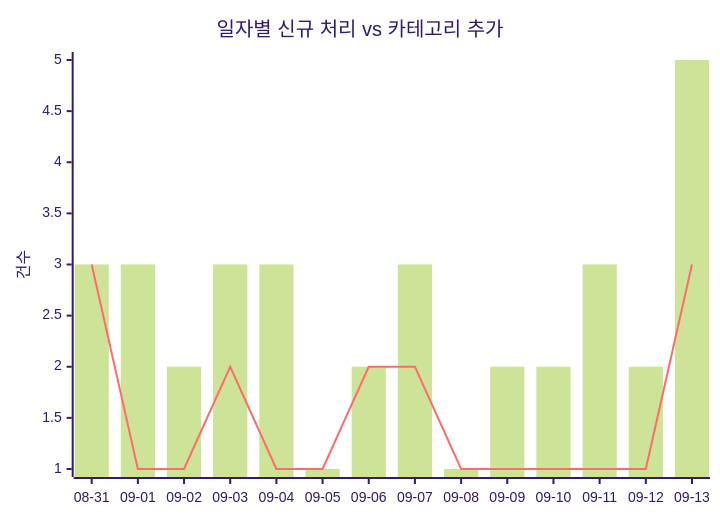
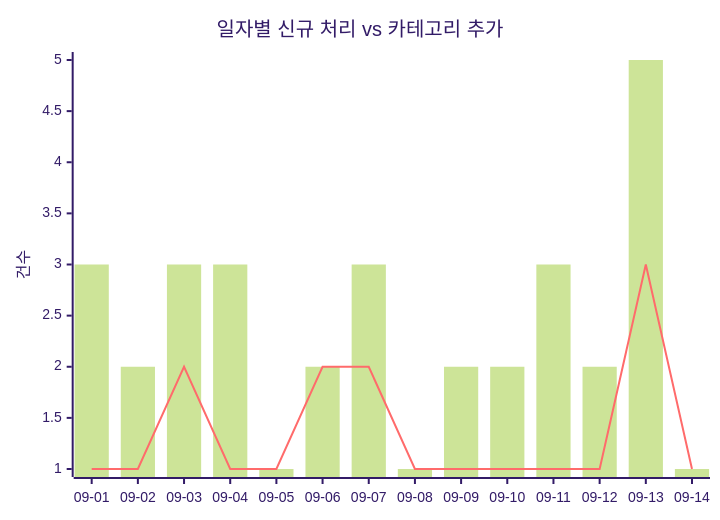
The first of 2 diagrams in docs/trends.md (J-nowcow/awesome-korean-agent-skills), drawn with Mermaid (forest theme) before and after one commit. The commit also changed other lines of this file and 3 other files, not shown here.

````diff
--- a/docs/trends.md
+++ b/docs/trends.md
@@ -32,8 +32,8 @@
 ```mermaid
 xychart-beta
     title "일자별 신규 처리 vs 카테고리 추가"
-    x-axis ["08-31","09-01","09-02","09-03","09-04","09-05","09-06","09-07","09-08","09-09","09-10","09-11","09-12","09-13"]
+    x-axis ["09-01","09-02","09-03","09-04","09-05","09-06","09-07","09-08","09-09","09-10","09-11","09-12","09-13","09-14"]
     y-axis "건수"
-    bar [3,3,2,3,3,1,2,3,1,2,2,3,2,5]
-    line [3,1,1,2,1,1,2,2,1,1,1,1,1,3]
+    bar [3,2,3,3,1,2,3,1,2,2,3,2,5,1]
+    line [1,1,2,1,1,2,2,1,1,1,1,1,3,1]
 ```
````
